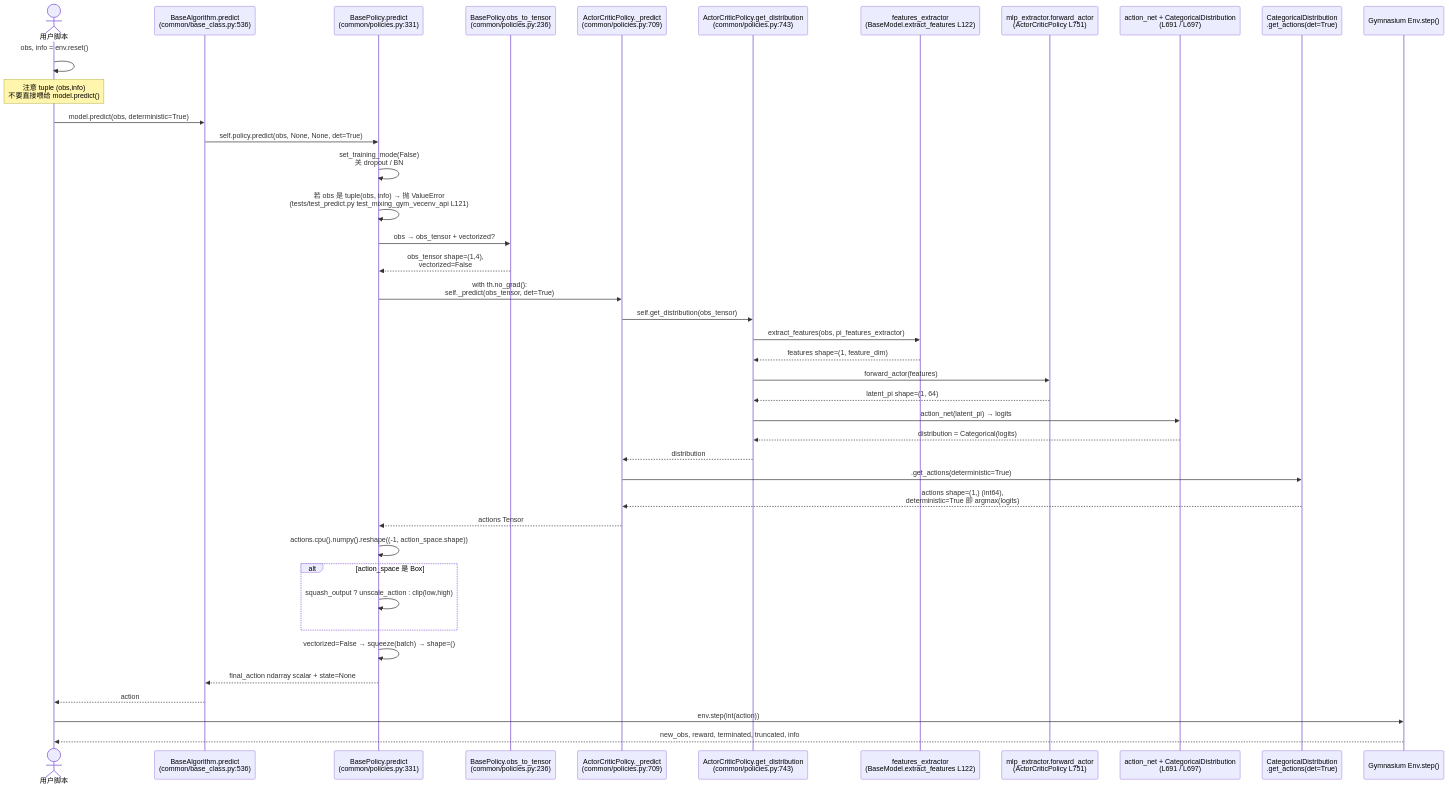
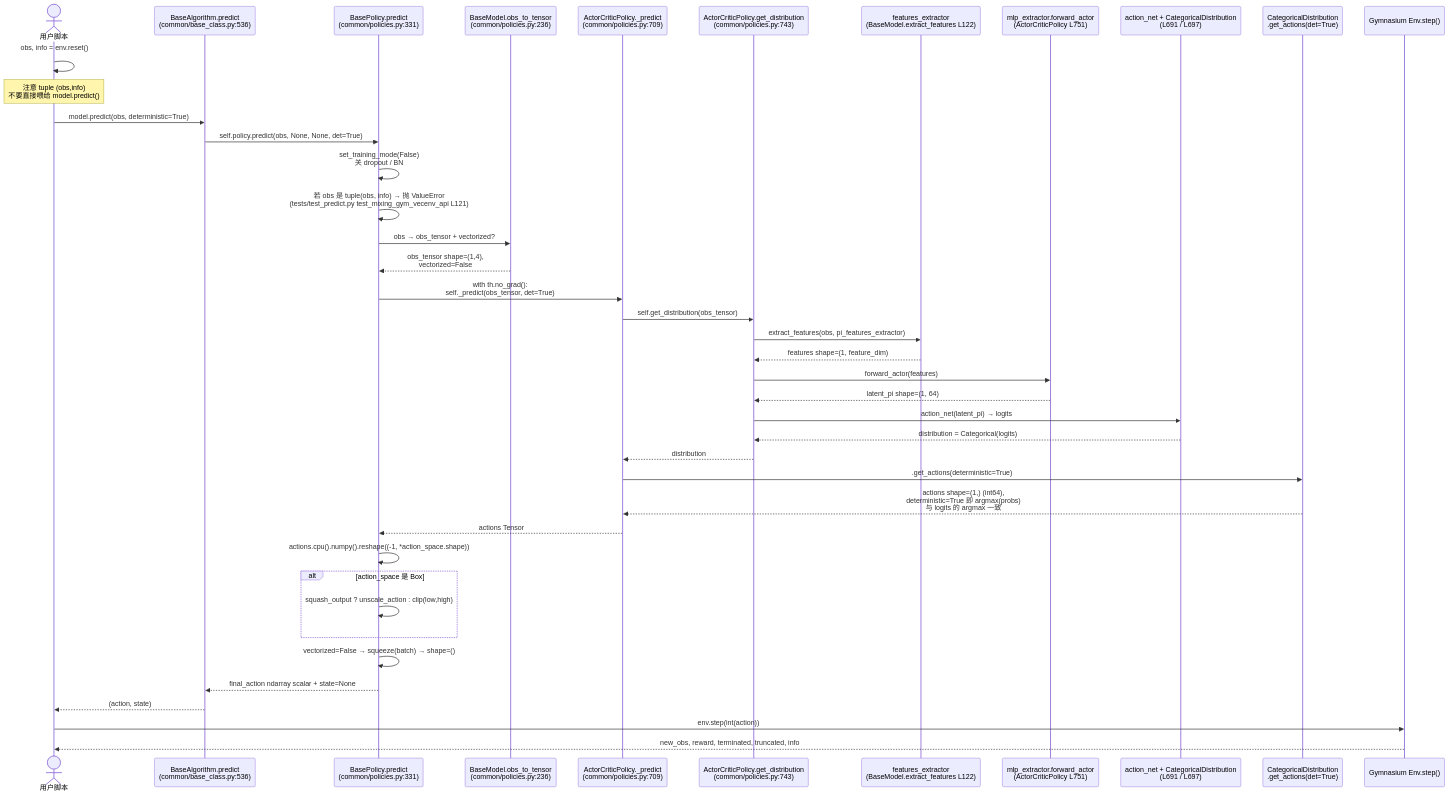
Before and after one commit to Jaschenn/sb3-llm-code-understanding: the diagram in artifacts/diagrams/issue-03/predict-call-chain.mmd, drawn with Mermaid. The commit also changed 14 other files, not shown here.

```diff
--- a/artifacts/diagrams/issue-03/predict-call-chain.mmd
+++ b/artifacts/diagrams/issue-03/predict-call-chain.mmd
@@ -1,45 +1,45 @@
 %%% T03 Issue #3 — predict() 端到端调用链（Mermaid sequenceDiagram）
 %%% 源码基线：stable-baselines3 commit 7cfb4dd
 %%% 建议在 VS Code 里装 Mermaid 预览插件，或复制到 mermaid.live 渲染为 PNG/SVG
 sequenceDiagram
     actor U as 用户脚本
     participant BA as BaseAlgorithm.predict<br>(common/base_class.py:536)
     participant BP as BasePolicy.predict<br>(common/policies.py:331)
-    participant BP_OTT as BasePolicy.obs_to_tensor<br>(common/policies.py:236)
+    participant BP_OTT as BaseModel.obs_to_tensor<br>(common/policies.py:236)
     participant ACP_P as ActorCriticPolicy._predict<br>(common/policies.py:709)
     participant ACP_GD as ActorCriticPolicy.get_distribution<br>(common/policies.py:743)
     participant FE as features_extractor<br>(BaseModel.extract_features L122)
     participant MLP as mlp_extractor.forward_actor<br>(ActorCriticPolicy L751)
     participant AN as action_net + CategoricalDistribution<br>(L691 / L697)
     participant CD as CategoricalDistribution<br>.get_actions(det=True)
     participant ENV as Gymnasium Env.step()
 
     U->>U: obs, info = env.reset()<br># shape=(4,) for CartPole
     Note over U: 注意 tuple (obs,info)<br>不要直接喂给 model.predict()
     U->>BA: model.predict(obs, deterministic=True)
     BA->>BP: self.policy.predict(obs, None, None, det=True)
     BP->>BP: set_training_mode(False)<br>关 dropout / BN
     BP->>BP: 若 obs 是 tuple(obs, info) → 抛 ValueError<br>(tests/test_predict.py test_mixing_gym_vecenv_api L121)
     BP->>BP_OTT: obs → obs_tensor + vectorized?
     BP_OTT-->>BP: obs_tensor shape=(1,4),<br>vectorized=False
     BP->>ACP_P: with th.no_grad():<br>self._predict(obs_tensor, det=True)
     ACP_P->>ACP_GD: self.get_distribution(obs_tensor)
     ACP_GD->>FE: extract_features(obs, pi_features_extractor)
     FE-->>ACP_GD: features shape=(1, feature_dim)
     ACP_GD->>MLP: forward_actor(features)
     MLP-->>ACP_GD: latent_pi shape=(1, 64)
     ACP_GD->>AN: action_net(latent_pi) → logits
     AN-->>ACP_GD: distribution = Categorical(logits)
     ACP_GD-->>ACP_P: distribution
     ACP_P->>CD: .get_actions(deterministic=True)
-    CD-->>ACP_P: actions shape=(1,) (int64),<br>deterministic=True 即 argmax(logits)
+    CD-->>ACP_P: actions shape=(1,) (int64),<br>deterministic=True 即 argmax(probs)<br>与 logits 的 argmax 一致
     ACP_P-->>BP: actions Tensor
-    BP->>BP: actions.cpu().numpy().reshape((-1, action_space.shape))
+    BP->>BP: actions.cpu().numpy().reshape((-1, *action_space.shape))
     alt action_space 是 Box
         BP->>BP: squash_output ? unscale_action : clip(low,high)
     end
     BP->>BP: vectorized=False → squeeze(batch) → shape=()
     BP-->>BA: final_action ndarray scalar + state=None
-    BA-->>U: action
+    BA-->>U: (action, state)
     U->>ENV: env.step(int(action))
     ENV-->>U: new_obs, reward, terminated, truncated, info
```
